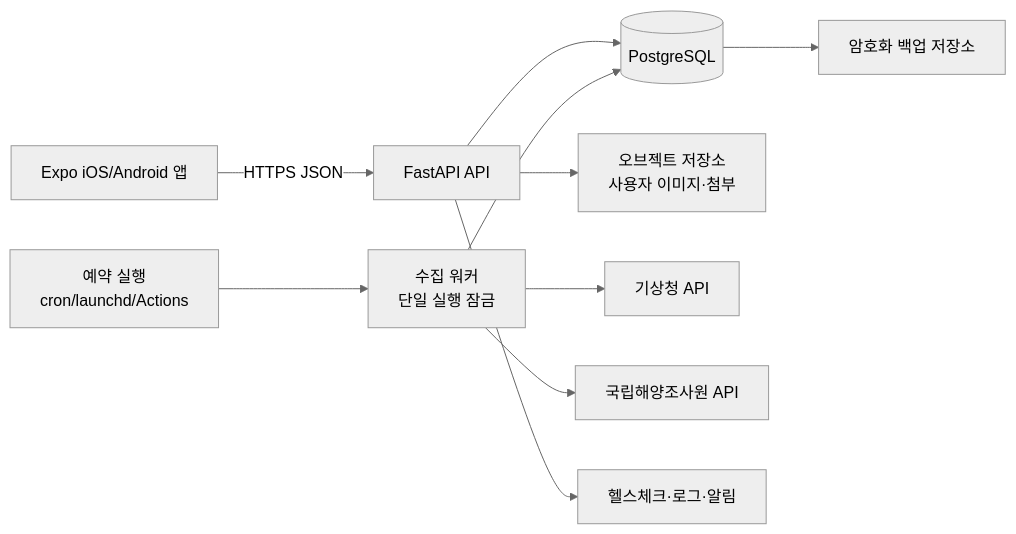
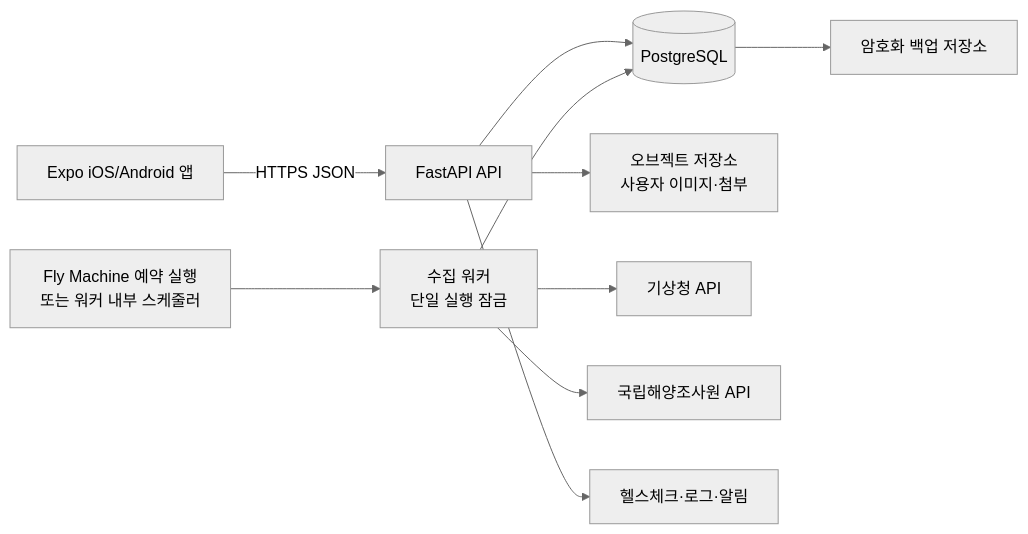
Before and after one commit to seominji58/BiteForecast_docs: the diagram in 06_개발환경/2026-11-11_저비용_출시용_기술아키텍처.md, drawn with Mermaid (neutral theme). The commit also changed other lines of this file, not shown here.

Commit message:
Fly.io 기준 배포 아키텍처로 변경

````diff
--- a/06_개발환경/2026-11-11_저비용_출시용_기술아키텍처.md
+++ b/06_개발환경/2026-11-11_저비용_출시용_기술아키텍처.md
@@ -17,12 +17,12 @@
 ```mermaid
 flowchart LR
     App[Expo iOS/Android 앱] -->|HTTPS JSON| API[FastAPI API]
     API --> DB[(PostgreSQL)]
     API --> Obj[오브젝트 저장소<br/>사용자 이미지·첨부]
-    Scheduler[예약 실행<br/>cron/launchd/Actions] --> Worker[수집 워커<br/>단일 실행 잠금]
+    Scheduler[Fly Machine 예약 실행<br/>또는 워커 내부 스케줄러] --> Worker[수집 워커<br/>단일 실행 잠금]
     Worker --> KMA[기상청 API]
     Worker --> KHOA[국립해양조사원 API]
     Worker --> DB
     DB --> Backup[암호화 백업 저장소]
     API --> Monitor[헬스체크·로그·알림]
 ```
````
